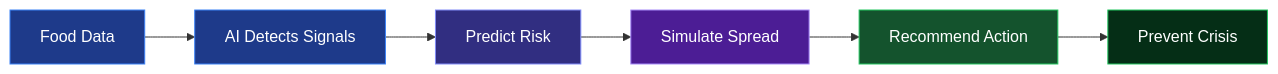
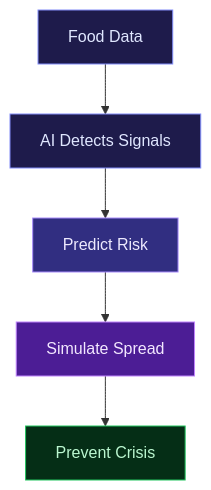
The second of 14 diagrams in README.md (codeejb/Foodguard), drawn with Mermaid before and after one commit. The commit also changed other lines of this file, not shown here.

````diff
--- a/README.md
+++ b/README.md
@@ -40,10 +87,12 @@
 ```mermaid
-flowchart LR
-    A[Food Data] --> B[AI Detects Signals] --> C[Predict Risk] --> D[Simulate Spread] --> E[Recommend Action] --> F[Prevent Crisis]
-    style A fill:#1e3a8a,stroke:#3b82f6,color:#fff
-    style B fill:#1e3a8a,stroke:#3b82f6,color:#fff
-    style C fill:#312e81,stroke:#818cf8,color:#fff
-    style D fill:#4c1d95,stroke:#a78bfa,color:#fff
-    style E fill:#14532d,stroke:#22c55e,color:#fff
-    style F fill:#052e16,stroke:#22c55e,color:#fff
+flowchart TD
+    A[Food Data] --> B[AI Detects Signals]
+    B --> C[Predict Risk]
+    C --> D[Simulate Spread]
+    D --> E[Prevent Crisis]
+    style A fill:#1e1b4b,stroke:#818cf8,color:#e0e7ff
+    style B fill:#1e1b4b,stroke:#818cf8,color:#e0e7ff
+    style C fill:#312e81,stroke:#a78bfa,color:#ede9fe
+    style D fill:#4c1d95,stroke:#c084fc,color:#f3e8ff
+    style E fill:#052e16,stroke:#22c55e,color:#bbf7d0
 ```
````
